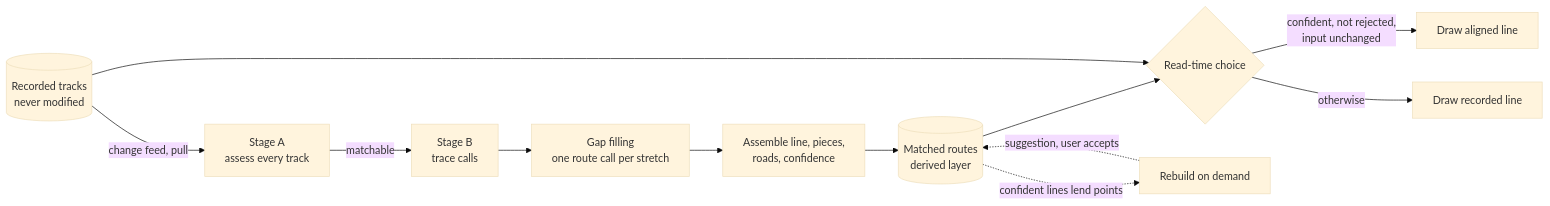
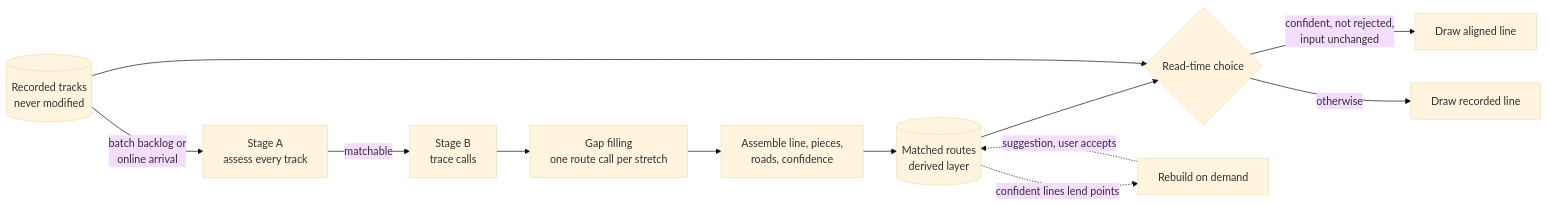
Before and after one commit to mayafit/Contacts: the second of 9 diagrams in docs/export/route-to-road-alignment-design.md, drawn with Mermaid (base theme). The commit also changed other lines of this file, not shown here.

First line of the commit message:
docs: add executive summary and batch/online processing modes to route alignment design

````diff
--- a/docs/export/route-to-road-alignment-design.md
+++ b/docs/export/route-to-road-alignment-design.md
@@ -90,14 +132,14 @@
 ```mermaid
 flowchart LR
-  src[(Recorded tracks<br/>never modified)] -->|change feed, pull| A[Stage A<br/>assess every track]
+  src[(Recorded tracks<br/>never modified)] -->|batch backlog or<br/>online arrival| A[Stage A<br/>assess every track]
   A -->|matchable| B[Stage B<br/>trace calls]
   B --> F[Gap filling<br/>one route call per stretch]
   F --> C[Assemble line, pieces,<br/>roads, confidence]
   C --> M[(Matched routes<br/>derived layer)]
   M --> R{Read-time choice}
   src --> R
   R -->|confident, not rejected,<br/>input unchanged| L1[Draw aligned line]
   R -->|otherwise| L2[Draw recorded line]
   M -.->|confident lines lend points| RB[Rebuild on demand]
   RB -.->|suggestion, user accepts| M
 ```
````
